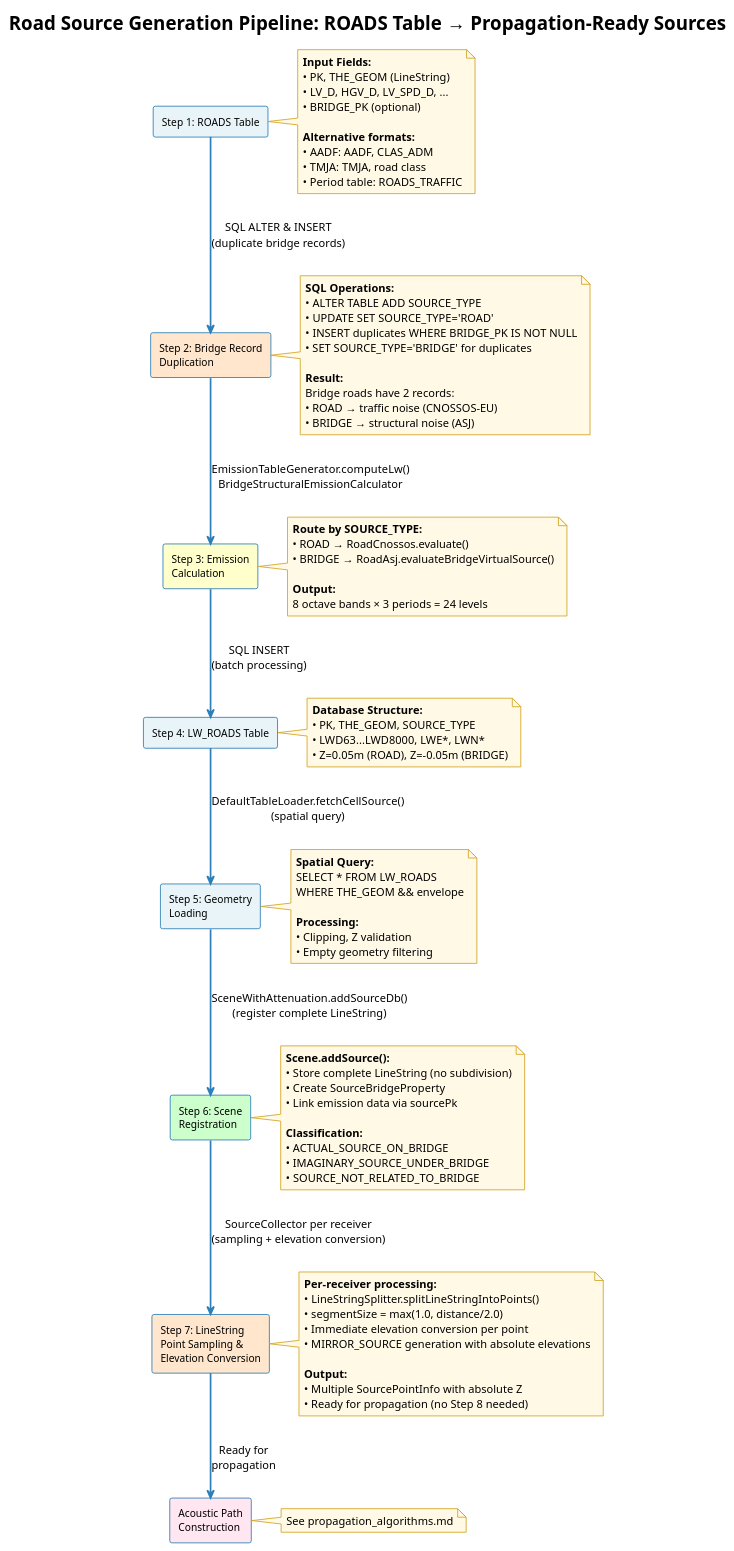
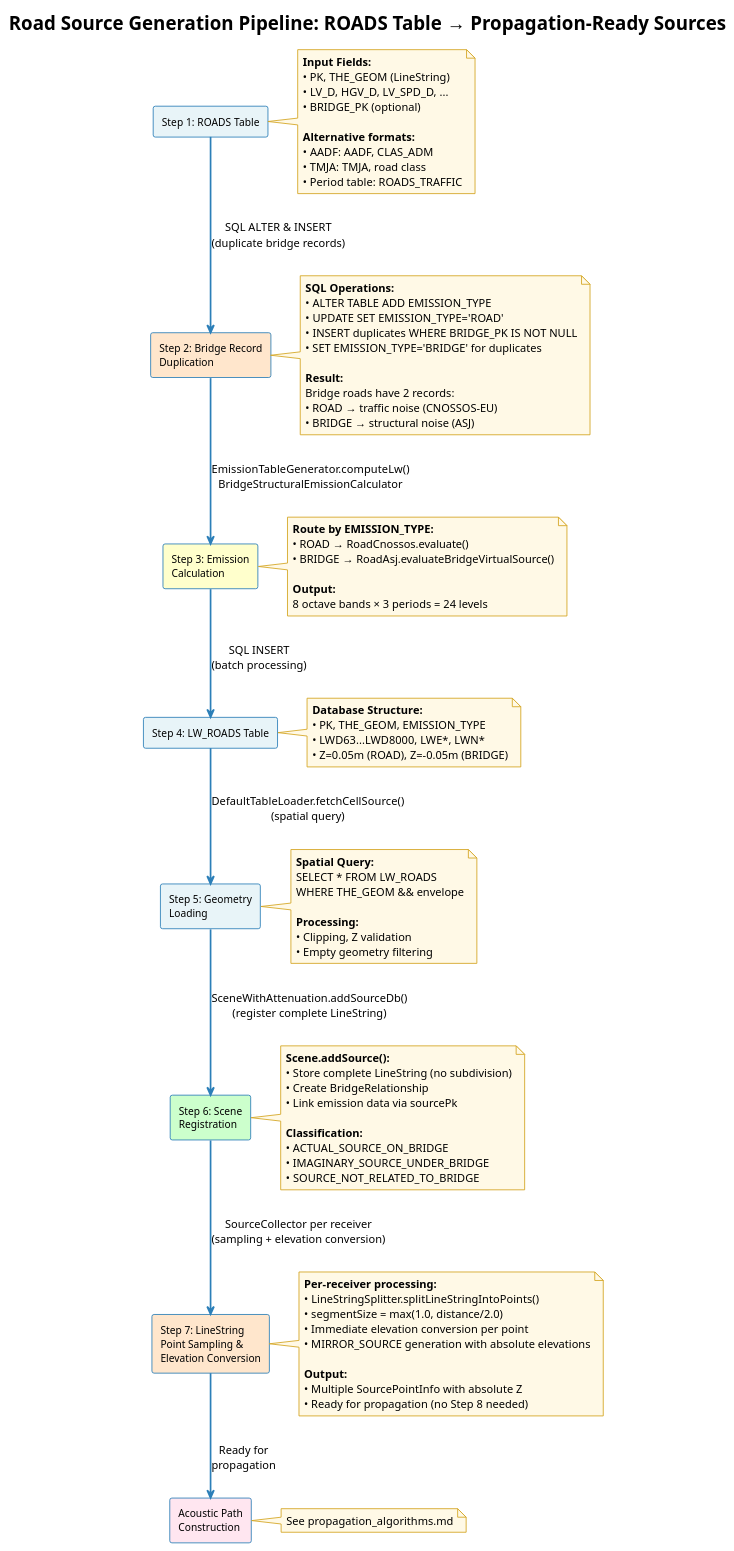
The diagram in Docs-dev/source_algorithms.md (jtagusari/NoiseModelling), drawn with PlantUML before and after one commit. The commit also changed other lines of this file and 75 other files, not shown here.

```diff
--- a/Docs-dev/source_algorithms.md
+++ b/Docs-dev/source_algorithms.md
@@ -52,10 +52,10 @@
 rectangle "Step 2: Bridge Record\nDuplication" as step2 #FFE6CC
 note right of step2
   **SQL Operations:**
-  • ALTER TABLE ADD SOURCE_TYPE
-  • UPDATE SET SOURCE_TYPE='ROAD'
+  • ALTER TABLE ADD EMISSION_TYPE
+  • UPDATE SET EMISSION_TYPE='ROAD'
   • INSERT duplicates WHERE BRIDGE_PK IS NOT NULL
-  • SET SOURCE_TYPE='BRIDGE' for duplicates
+  • SET EMISSION_TYPE='BRIDGE' for duplicates
   
   **Result:**
   Bridge roads have 2 records:
@@ -65,7 +65,7 @@
 
 rectangle "Step 3: Emission\nCalculation" as step3 #FFFFCC
 note right of step3
-  **Route by SOURCE_TYPE:**
+  **Route by EMISSION_TYPE:**
   • ROAD → RoadCnossos.evaluate()
   • BRIDGE → RoadAsj.evaluateBridgeVirtualSource()
   
@@ -76,7 +76,7 @@
 rectangle "Step 4: LW_ROADS Table" as step4 #E8F4F8
 note right of step4
   **Database Structure:**
-  • PK, THE_GEOM, SOURCE_TYPE
+  • PK, THE_GEOM, EMISSION_TYPE
   • LWD63...LWD8000, LWE*, LWN*
   • Z=0.05m (ROAD), Z=-0.05m (BRIDGE)
 end note
@@ -96,7 +96,7 @@
 note right of step6
   **Scene.addSource():**
   • Store complete LineString (no subdivision)
-  • Create SourceBridgeProperty
+  • Create BridgeRelationship
   • Link emission data via sourcePk
   
   **Classification:**
```
